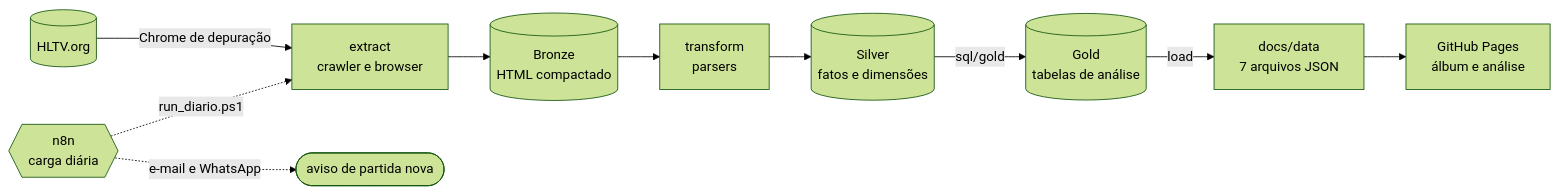
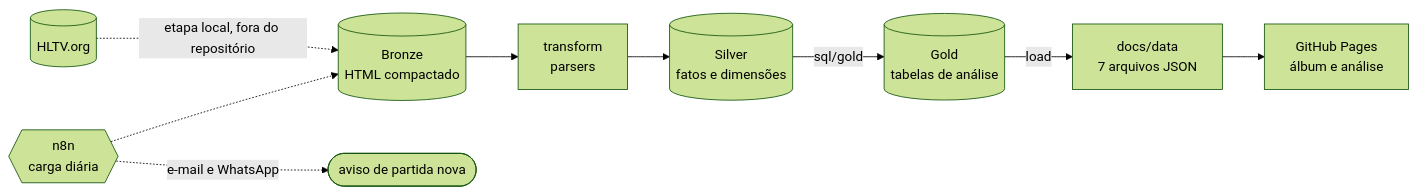
The diagram in README.md (jpgso/furia-hltv-pipeline), drawn with Mermaid (forest theme) before and after one commit. The commit also changed other lines of this file and 9 other files, not shown here.

````diff
--- a/README.md
+++ b/README.md
@@ -13,12 +13,11 @@
 ```mermaid
 flowchart LR
-    hltv[(HLTV.org)] -->|Chrome de depuração| coleta[extract<br>crawler e browser]
-    coleta --> bronze[(Bronze<br>HTML compactado)]
+    hltv[(HLTV.org)] -.->|etapa local, fora do repositório| bronze[(Bronze<br>HTML compactado)]
     bronze --> leitura[transform<br>parsers]
     leitura --> silver[(Silver<br>fatos e dimensões)]
     silver -->|sql/gold| gold[(Gold<br>tabelas de análise)]
     gold -->|load| json[docs/data<br>7 arquivos JSON]
     json --> site[GitHub Pages<br>álbum e análise]
-    n8n{{n8n<br>carga diária}} -.->|run_diario.ps1| coleta
+    n8n{{n8n<br>carga diária}} -.-> bronze
     n8n -.->|e-mail e WhatsApp| aviso([aviso de partida nova])
 ```
````
